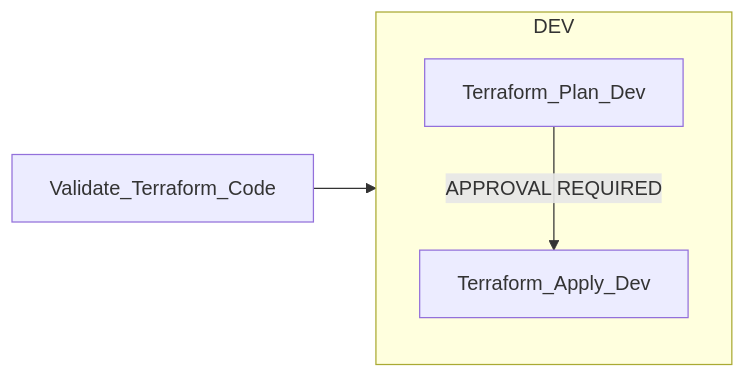
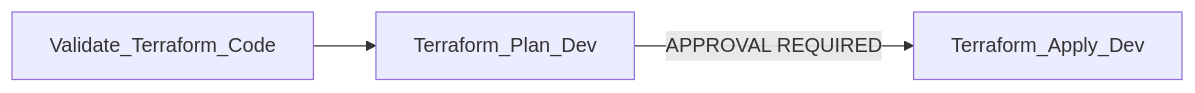
Before and after one commit to hmcts/vh-infra-wowza: the first of 2 diagrams in README.md, drawn with Mermaid.

Commit message:
test mermaid

````diff
--- a/README.md
+++ b/README.md
@@ -47,9 +47,9 @@
 ```mermaid
 graph LR;
     A[Validate_Terraform_Code];
-    subgraph DEV
+
         B[Terraform_Plan_Dev]-->|APPROVAL REQUIRED|C;
         C[Terraform_Apply_Dev];
-    end
-    A --> DEV;
+
+    A --> B;
 ```
````
